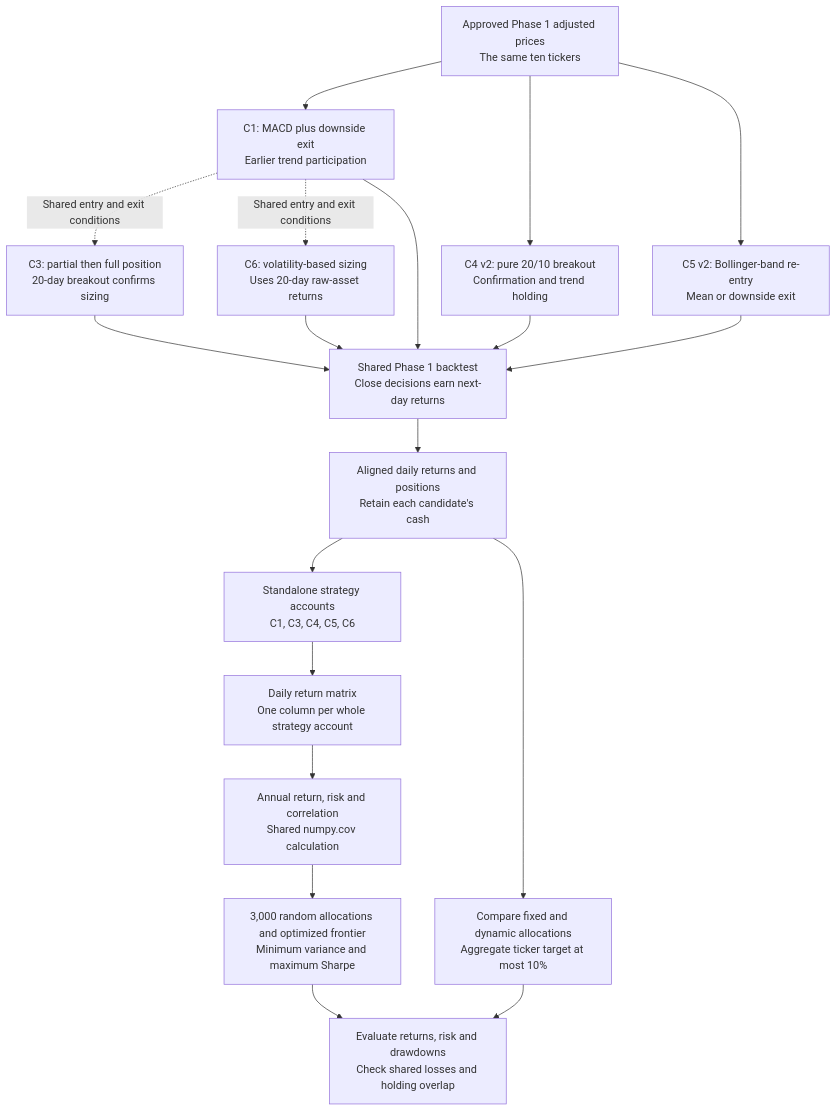
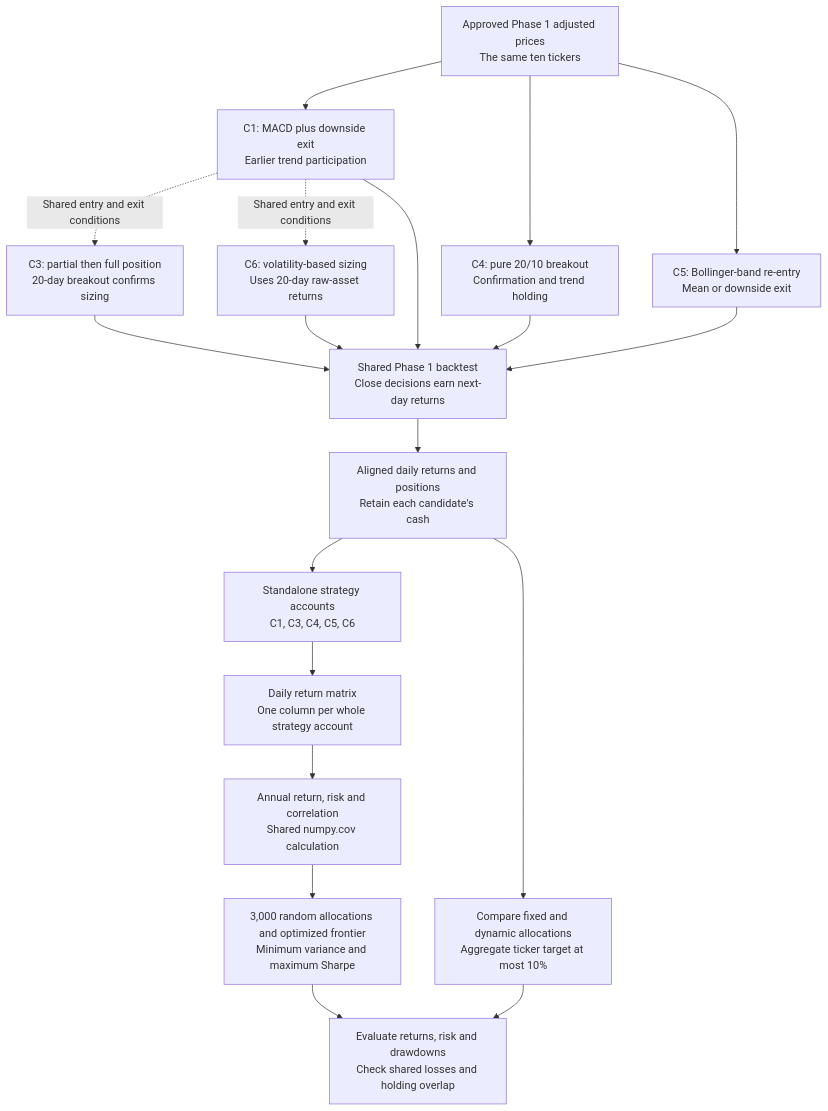
One commit to amuno89/backtesting_2_fa26_uiuc changed the diagram in README.md. Above: the diagram before and after it, drawn with Mermaid. The commit also changed other lines of this file and 1 other file, not shown here.

````diff
--- a/README.md
+++ b/README.md
@@ -759,22 +722,22 @@
 ```mermaid
 flowchart TD
     DATA["Approved Phase 1 adjusted prices<br/>The same ten tickers"]
     DATA --> C1["C1: MACD plus downside exit<br/>Earlier trend participation"]
-    DATA --> C4["C4 v2: pure 20/10 breakout<br/>Confirmation and trend holding"]
-    DATA --> C5["C5 v2: Bollinger-band re-entry<br/>Mean or downside exit"]
+    DATA --> C4["C4: pure 20/10 breakout<br/>Confirmation and trend holding"]
+    DATA --> C5["C5: Bollinger-band re-entry<br/>Mean or downside exit"]
     C1 -. "Shared entry and exit conditions" .-> C3["C3: partial then full position<br/>20-day breakout confirms sizing"]
     C1 -. "Shared entry and exit conditions" .-> C6["C6: volatility-based sizing<br/>Uses 20-day raw-asset returns"]
     C1 --> TEST["Shared Phase 1 backtest<br/>Close decisions earn next-day returns"]
     C3 --> TEST
     C4 --> TEST
     C5 --> TEST
     C6 --> TEST
     TEST --> RETURNS["Aligned daily returns and positions<br/>Retain each candidate's cash"]
     RETURNS --> ACCOUNTS["Standalone strategy accounts<br/>C1, C3, C4, C5, C6"]
     ACCOUNTS --> MATRIX["Daily return matrix<br/>One column per whole strategy account"]
     MATRIX --> STATS["Annual return, risk and correlation<br/>Shared numpy.cov calculation"]
     STATS --> FRONTIER["3,000 random allocations and optimized frontier<br/>Minimum variance and maximum Sharpe"]
     RETURNS --> MIX["Compare fixed and dynamic allocations<br/>Aggregate ticker target at most 10%"]
     FRONTIER --> CHECK
     MIX --> CHECK["Evaluate returns, risk and drawdowns<br/>Check shared losses and holding overlap"]
 ```
````
